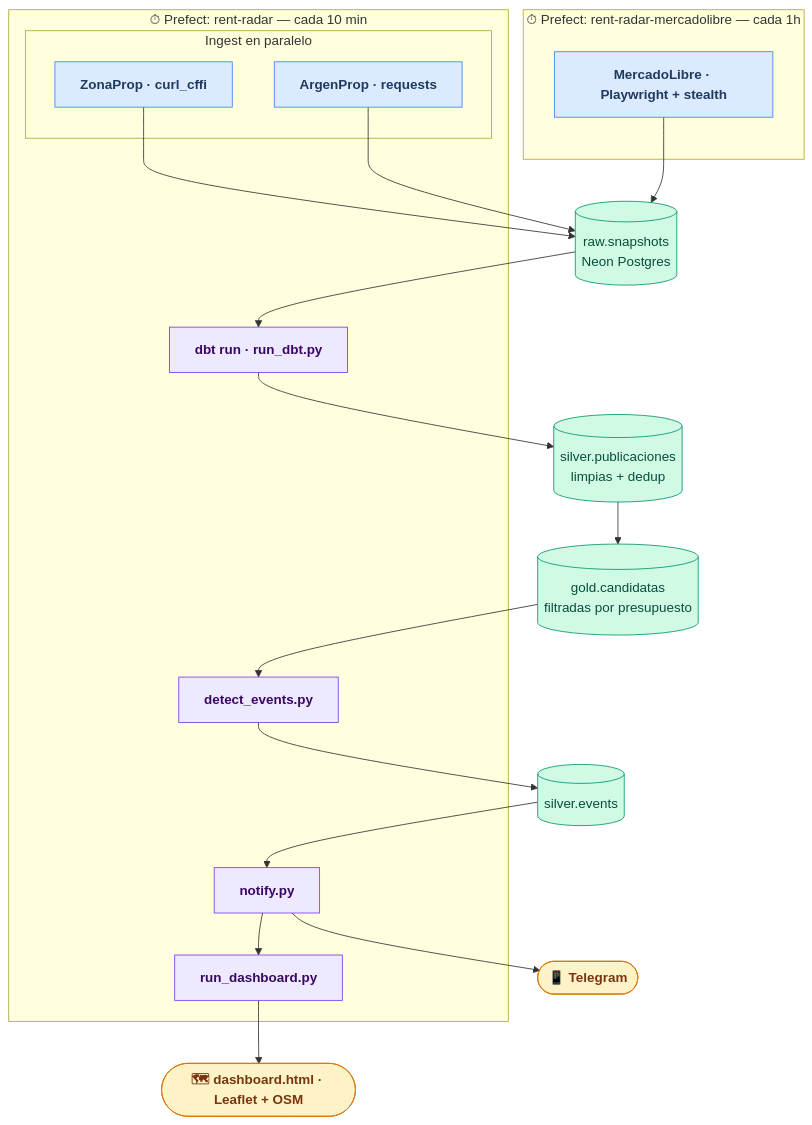
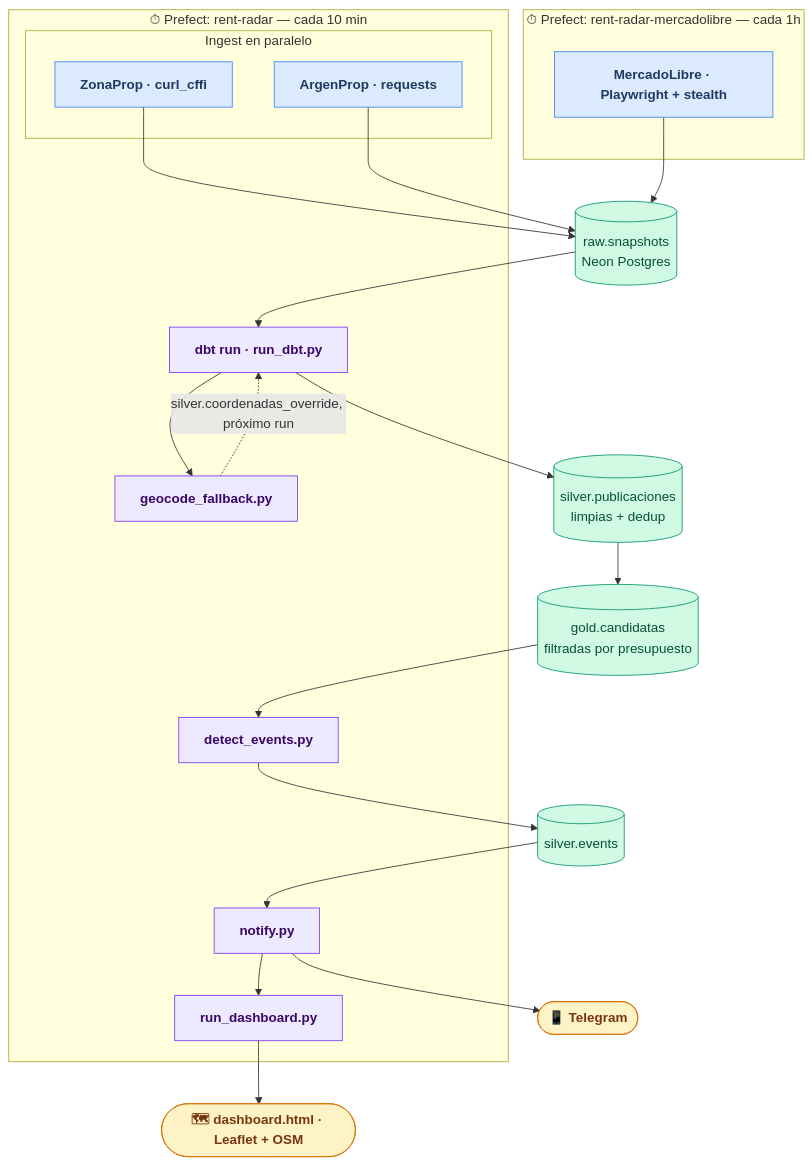
The diagram in README.md (NotoFederico/rent_radar), drawn with Mermaid before and after one commit. The commit also changed other lines of this file and 8 other files, not shown here.

````diff
--- a/README.md
+++ b/README.md
@@ -31,42 +31,45 @@
 ```mermaid
 flowchart TD
     classDef spider  fill:#dbeafe,stroke:#3b82f6,color:#1e3a5f,font-weight:bold
     classDef process fill:#ede9fe,stroke:#7c3aed,color:#3b0764,font-weight:bold
     classDef db      fill:#d1fae5,stroke:#059669,color:#064e3b
     classDef out     fill:#fef3c7,stroke:#d97706,color:#78350f,font-weight:bold
 
     RAW[("raw.snapshots\nNeon Postgres")]:::db
     SIL[("silver.publicaciones\nlimpias + dedup")]:::db
     GOLD[("gold.candidatas\nfiltradas por presupuesto")]:::db
     EV[("silver.events")]:::db
     TG(["📱 Telegram"]):::out
     MAP(["🗺 dashboard.html · Leaflet + OSM"]):::out
 
     subgraph PrefectMain ["⏱ Prefect: rent-radar — cada 10 min"]
         subgraph Ingest ["Ingest en paralelo"]
             ZP["ZonaProp · curl_cffi"]:::spider
             AP["ArgenProp · requests"]:::spider
         end
         DBT["dbt run · run_dbt.py"]:::process
+        GEO["geocode_fallback.py"]:::process
         DE["detect_events.py"]:::process
         NO["notify.py"]:::process
         GM["run_dashboard.py"]:::process
     end
 
     subgraph PrefectMeli ["⏱ Prefect: rent-radar-mercadolibre — cada 1h"]
         ML["MercadoLibre · Playwright + stealth"]:::spider
     end
 
     ZP --> RAW
     AP --> RAW
     ML --> RAW
     RAW --> DBT
     DBT --> SIL
     SIL --> GOLD
+    DBT --> GEO
+    GEO -.->|silver.coordenadas_override, próximo run| DBT
     GOLD --> DE
     DE --> EV
     EV --> NO
     NO --> TG
     NO --> GM
     GM --> MAP
 ```
````
